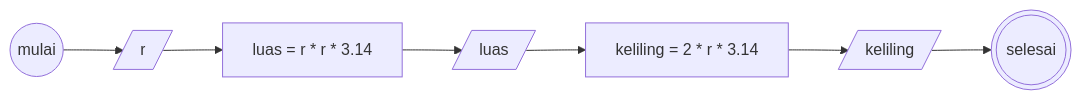
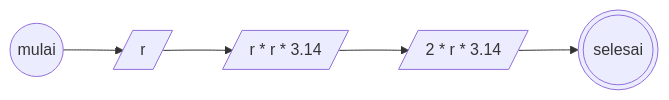
One commit to daberpro/koda-b10-algoritma changed the second of 2 diagrams in README.md. Above: the diagram before and after it, drawn with Mermaid.

````diff
--- a/README.md
+++ b/README.md
@@ -49,19 +49,15 @@
 ```mermaid
 
 flowchart LR
     Start((mulai))
     Input[/r/]
-    P1_1[luas = r * r * 3.14]
-    P1_2[keliling = 2 * r * 3.14]
-    Output1_1[/luas/]
-    Output1_2[/keliling/]
+    Output1_1[/r * r * 3.14/]
+    Output1_2[/2 * r * 3.14/]
     End(((selesai)))
 
     Start --> Input
-    Input --> P1_1
-    P1_1 --> Output1_1
-    Output1_1 --> P1_2
-    P1_2 --> Output1_2
+    Input --> Output1_1
+    Output1_1 --> Output1_2
     Output1_2 --> End
 
 ```
````
